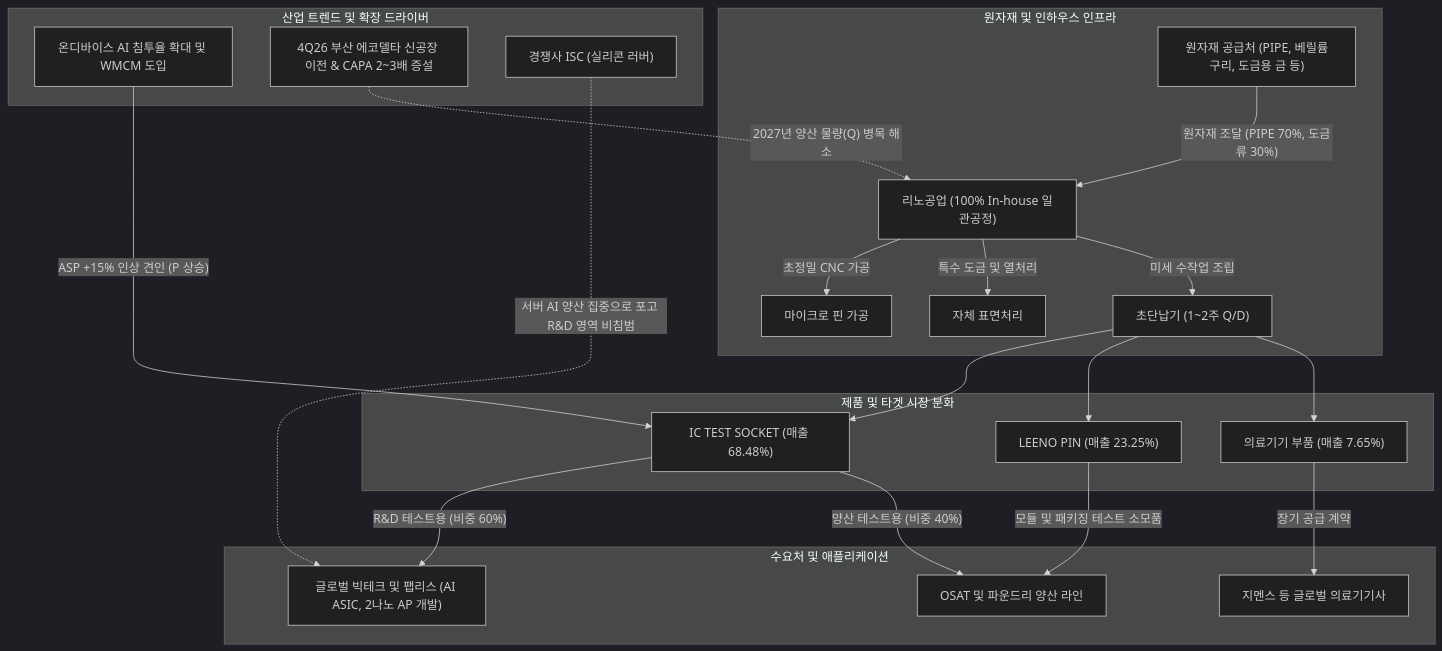
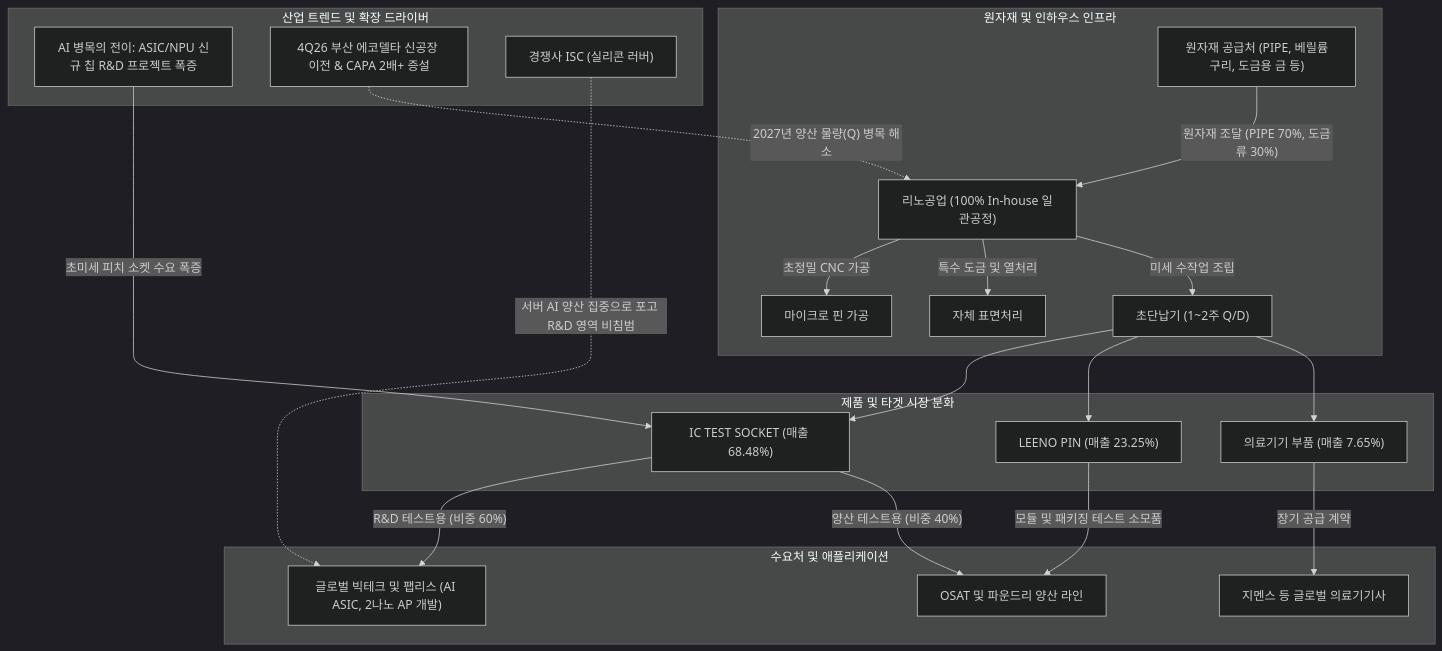
Before and after one commit to eve830521-cmd/my-skill: the diagram in Stock_Research/리노공업/3_Final_Reports/Phase1_Report.md, drawn with Mermaid (dark theme). The commit also changed other lines of this file and 100 other files, not shown here.

````diff
--- a/Stock_Research/리노공업/3_Final_Reports/Phase1_Report.md
+++ b/Stock_Research/리노공업/3_Final_Reports/Phase1_Report.md
@@ -24,28 +27,28 @@
 ```mermaid
 flowchart TD
     subgraph 원자재 및 인하우스 인프라
         A["원자재 공급처 (PIPE, 베릴륨구리, 도금용 금 등)"] -->|"원자재 조달 (PIPE 70%, 도금류 30%)"| B["리노공업 (100% In-house 일관공정)"]
         B -->|"초정밀 CNC 가공"| B1["마이크로 핀 가공"]
         B -->|"특수 도금 및 열처리"| B2["자체 표면처리"]
         B -->|"미세 수작업 조립"| B3["초단납기 (1~2주 Q/D)"]
     end
 
     subgraph 제품 및 타겟 시장 분화
         B3 --> C1["IC TEST SOCKET (매출 68.48%)"]
         B3 --> C2["LEENO PIN (매출 23.25%)"]
         B3 --> C3["의료기기 부품 (매출 7.65%)"]
     end
 
     subgraph 수요처 및 애플리케이션
         C1 -->|"R&D 테스트용 (비중 60%)"| D1["글로벌 빅테크 및 팹리스 (AI ASIC, 2나노 AP 개발)"]
         C1 -->|"양산 테스트용 (비중 40%)"| D2["OSAT 및 파운드리 양산 라인"]
         C2 -->|"모듈 및 패키징 테스트 소모품"| D2
         C3 -->|"장기 공급 계약"| D3["지멘스 등 글로벌 의료기기사"]
     end
 
     subgraph 산업 트렌드 및 확장 드라이버
-        E1["온디바이스 AI 침투율 확대 및 WMCM 도입"] -->|"ASP +15% 인상 견인 (P 상승)"| C1
-        E2["4Q26 부산 에코델타 신공장 이전 & CAPA 2~3배 증설"] -. "2027년 양산 물량(Q) 병목 해소" .-> B
+        E1["AI 병목의 전이: ASIC/NPU 신규 칩 R&D 프로젝트 폭증"] -->|"초미세 피치 소켓 수요 폭증"| C1
+        E2["4Q26 부산 에코델타 신공장 이전 & CAPA 2배+ 증설"] -. "2027년 양산 물량(Q) 병목 해소" .-> B
         E3["경쟁사 ISC (실리콘 러버)"] -. "서버 AI 양산 집중으로 포고 R&D 영역 비침범" .-> D1
     end
 ```
````
